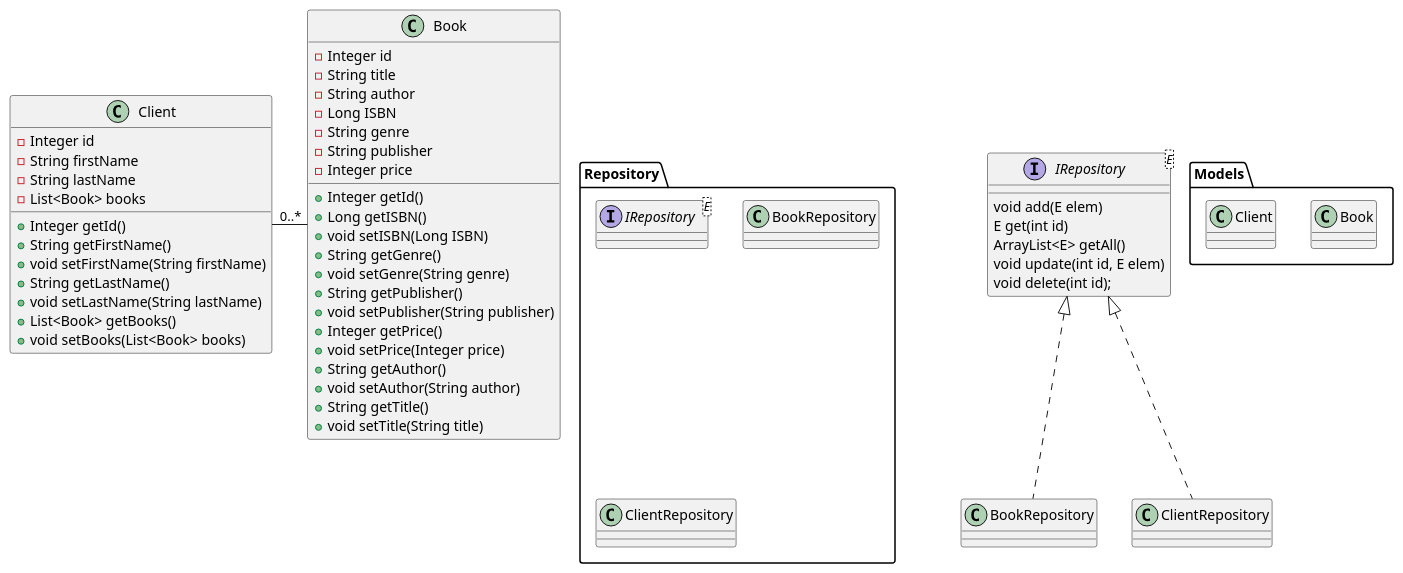
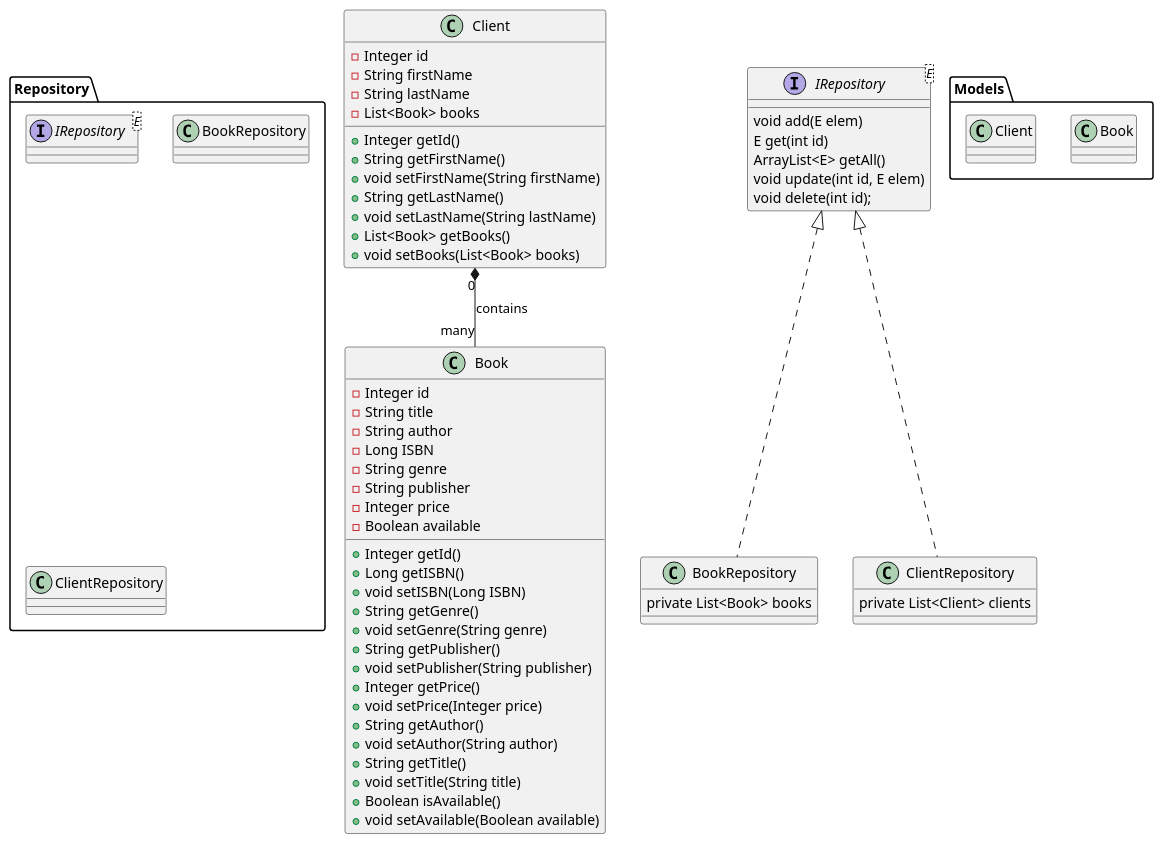
The diagram in src/Documentation/UMLBookStore.puml (victorursan/BookStore), drawn with PlantUML before and after one commit. The commit also changed 1 other file, not shown here.

Commit message:
added available boolean property to Book

```diff
--- a/src/Documentation/UMLBookStore.puml
+++ b/src/Documentation/UMLBookStore.puml
@@ -1,65 +1,73 @@
 @startuml
 
 package Models {
 class Book
 class Client
 }
 
 package Repository {
 interface IRepository<E>
 class BookRepository
 class ClientRepository
 }
 
 class Book {
     - Integer id
     - String title
     - String author
     - Long ISBN
     - String genre
     - String publisher
     - Integer price
+    - Boolean available
     + Integer getId()
     + Long getISBN()
     + void setISBN(Long ISBN)
     + String getGenre()
     + void setGenre(String genre)
     + String getPublisher()
     + void setPublisher(String publisher)
     + Integer getPrice()
     + void setPrice(Integer price)
     + String getAuthor()
     + void setAuthor(String author)
     + String getTitle()
     + void setTitle(String title)
+    + Boolean isAvailable()
+    + void setAvailable(Boolean available)
 }
 
 
 class Client {
     - Integer id
     - String firstName
     - String lastName
     - List<Book> books
     + Integer getId()
     + String getFirstName()
     + void setFirstName(String firstName)
     + String getLastName()
     + void setLastName(String lastName)
     + List<Book> getBooks()
     + void setBooks(List<Book> books)
 }
 
-Client - "0..*" Book
-
 interface IRepository<E> {
     void add(E elem)
     E get(int id)
     ArrayList<E> getAll()
     void update(int id, E elem)
     void delete(int id);
 }
 
-class BookRepository implements IRepository
-class ClientRepository implements IRepository
+class BookRepository implements IRepository {
+    private List<Book> books
+}
+class ClientRepository implements IRepository {
+    private List<Client> clients
+}
+
+
+Client "0" *-- "many" Book : contains
 
 @enduml
```
